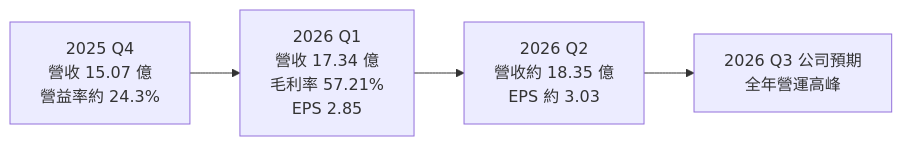
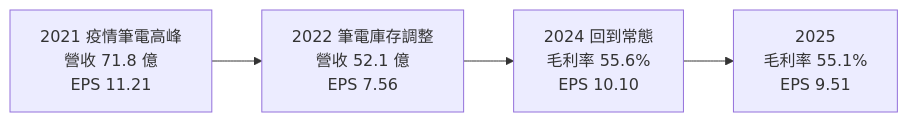
One commit to wangnick1004/taiwan-stock-vault changed the third of 4 diagrams in 個股/台股/3014聯陽.md. Above: the diagram before and after it, drawn with Mermaid. The commit also changed other lines of this file and 142 other files, not shown here.

````diff
--- a/個股/台股/3014聯陽.md
+++ b/個股/台股/3014聯陽.md
@@ -133,4 +134,4 @@
 ```mermaid
 flowchart LR
-    Q4["2025 Q4<br/>營收 15.07 億<br/>營益率約 24.3%"] --> Q1["2026 Q1<br/>營收 17.34 億<br/>毛利率 57.21%<br/>EPS 2.85"] --> Q2["2026 Q2<br/>營收約 18.35 億<br/>EPS 約 3.03"] --> Q3["2026 Q3 公司預期<br/>全年營運高峰"]
+    Y21["2021 疫情筆電高峰<br/>營收 71.8 億<br/>EPS 11.21"] --> Y22["2022 筆電庫存調整<br/>營收 52.1 億<br/>EPS 7.56"] --> Y24["2024 回到常態<br/>毛利率 55.6%<br/>EPS 10.10"] --> Y25["2025<br/>毛利率 55.1%<br/>EPS 9.51"]
 ```
````
